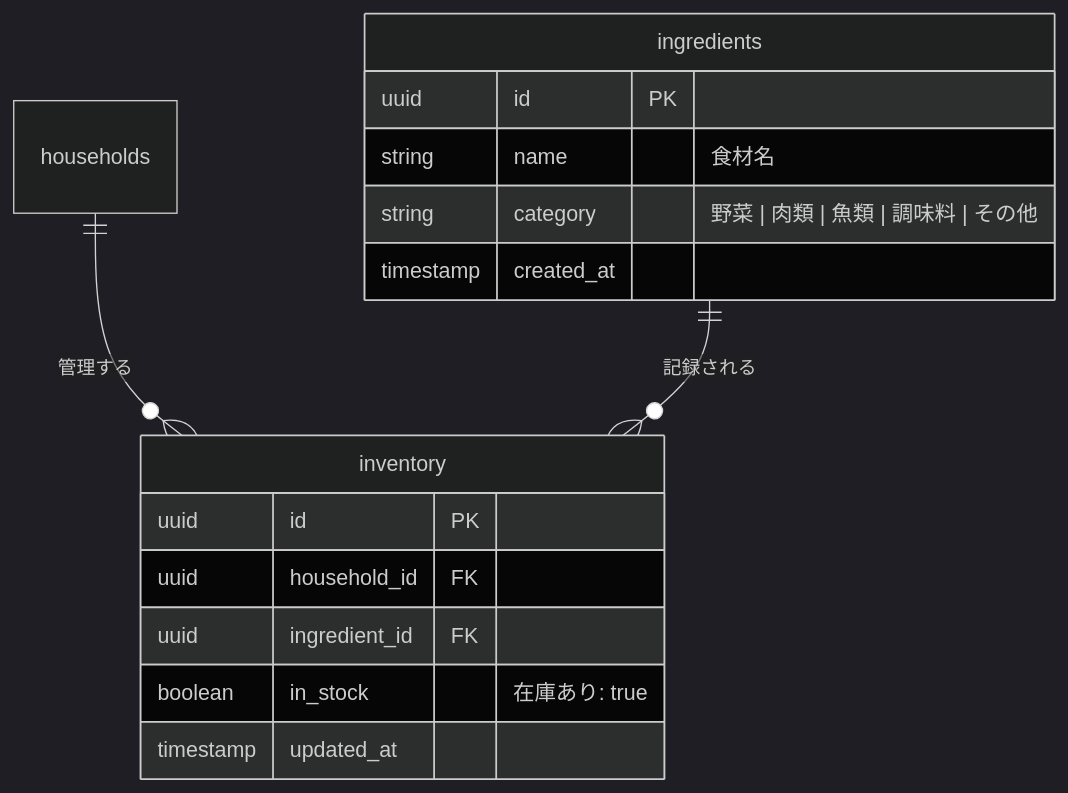
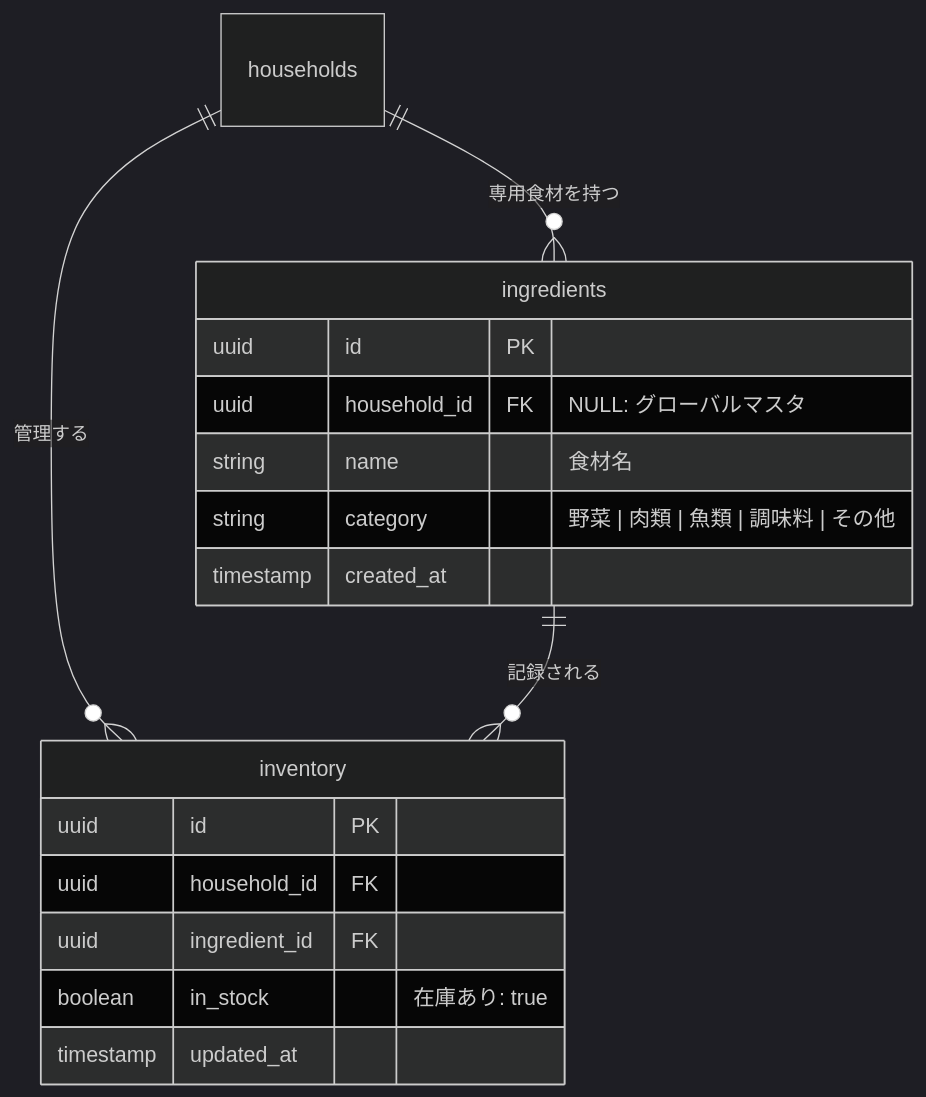
Before and after one commit to SR-56/food_managemant: the second of 5 diagrams in docs/DB_SCHEMA.md, drawn with Mermaid (dark theme). The commit also changed other lines of this file, not shown here.

````diff
--- a/docs/DB_SCHEMA.md
+++ b/docs/DB_SCHEMA.md
@@ -54,20 +56,22 @@
 ```mermaid
 erDiagram
   ingredients {
     uuid id PK
+    uuid household_id FK "NULL: グローバルマスタ"
     string name "食材名"
     string category "野菜 | 肉類 | 魚類 | 調味料 | その他"
     timestamp created_at
   }
 
   inventory {
     uuid id PK
     uuid household_id FK
     uuid ingredient_id FK
     boolean in_stock "在庫あり: true"
     timestamp updated_at
   }
 
   households ||--o{ inventory : "管理する"
+  households ||--o{ ingredients : "専用食材を持つ"
   ingredients ||--o{ inventory : "記録される"
 ```
````
